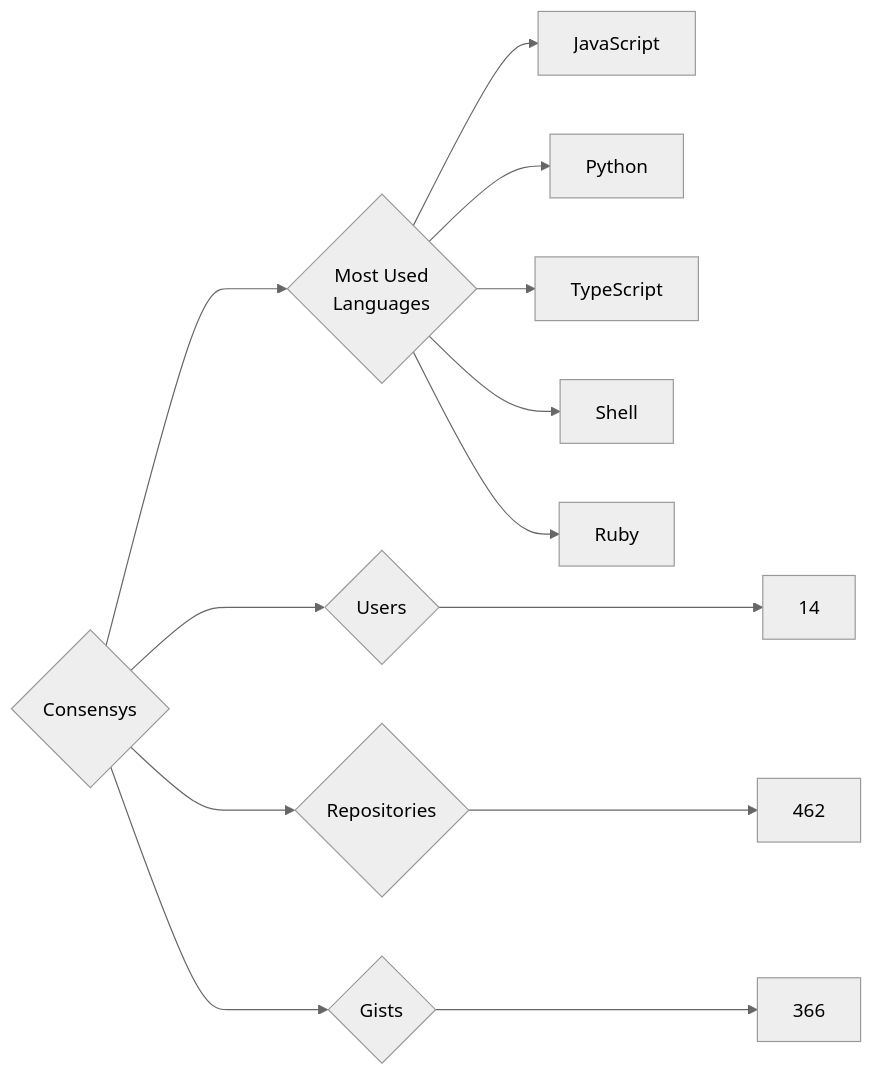
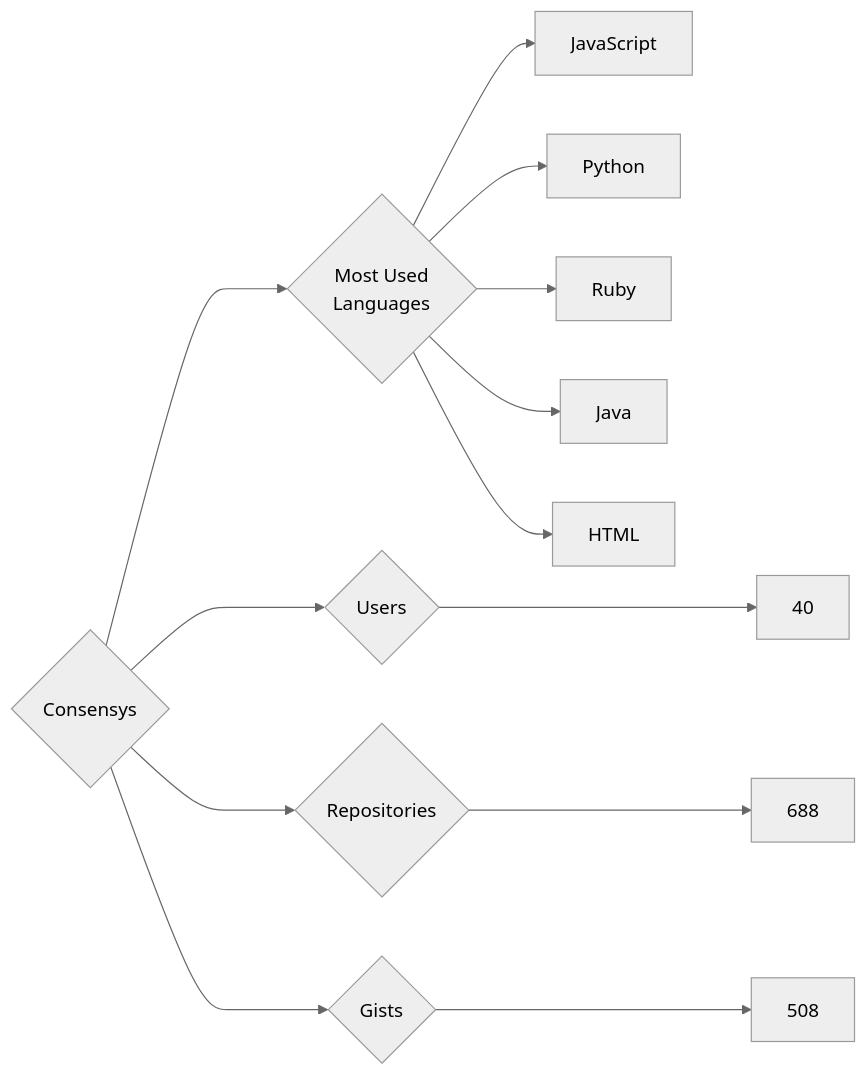
The diagram in targets/Consensys/README.md (trickest/insiders), drawn with Mermaid (neutral theme) before and after one commit. The commit also changed 951 other files, not shown here.

````diff
--- a/targets/Consensys/README.md
+++ b/targets/Consensys/README.md
@@ -3,13 +3,13 @@
 ```mermaid
 graph LR
 COMPANY_NAME{Consensys}
-COMPANY_NAME ---> U{Users} ---> UN[14]
-COMPANY_NAME ---> R{Repositories} ---> RN[462]
-COMPANY_NAME ---> G{Gists} ---> GN[366]
+COMPANY_NAME ---> U{Users} ---> UN[40]
+COMPANY_NAME ---> R{Repositories} ---> RN[688]
+COMPANY_NAME ---> G{Gists} ---> GN[508]
 COMPANY_NAME ---> ML{Most Used<br>Languages}
 ML --> JavaScript[JavaScript]
 ML --> Python[Python]
-ML --> TypeScript[TypeScript]
-ML --> Shell[Shell]
 ML --> Ruby[Ruby]
+ML --> Java[Java]
+ML --> HTML[HTML]
 ```
````
